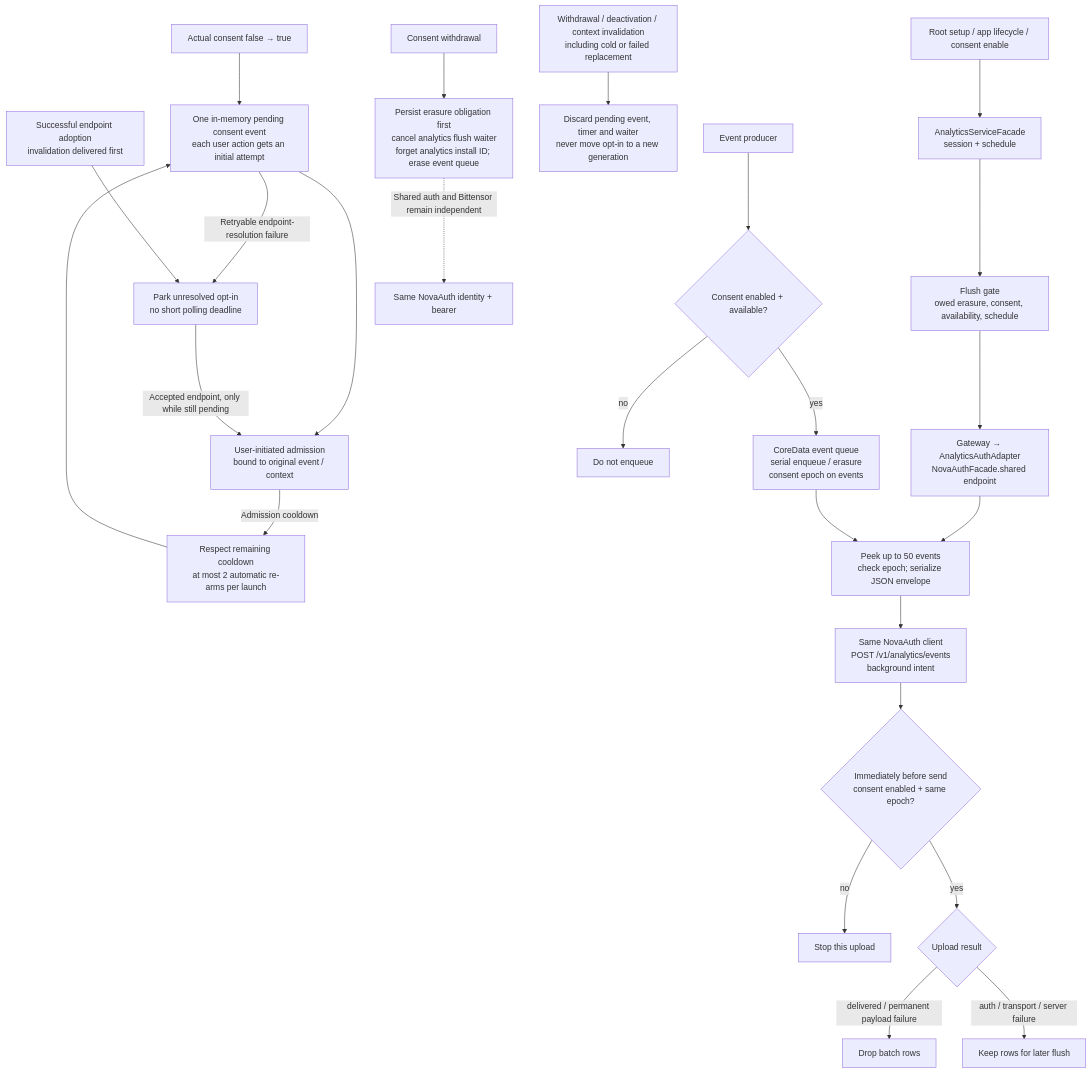
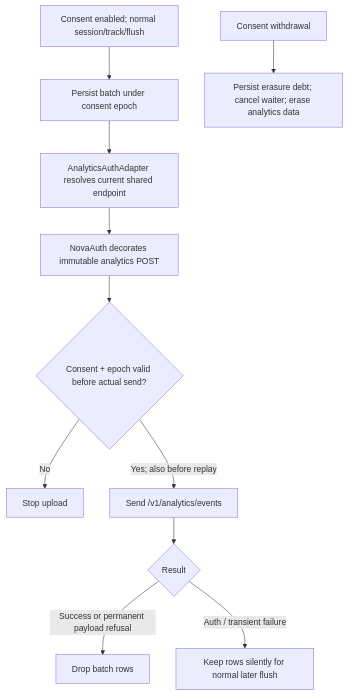
One commit to novasamatech/nova-wallet-ios changed the ninth of 9 diagrams in .claude/docs/architecture/novaauth-client-diagrams.md. Above: the diagram before and after it, drawn with Mermaid. The commit also changed other lines of this file and 75 other files, not shown here.

Commit message:
Align shared bearer requests and simplify NovaAuth recovery

````diff
--- a/.claude/docs/architecture/novaauth-client-diagrams.md
+++ b/.claude/docs/architecture/novaauth-client-diagrams.md
@@ -404,27 +340,13 @@
 ```mermaid
 flowchart TB
-  ROOT["Root setup / app lifecycle / consent enable"] --> FACADE["AnalyticsServiceFacade<br/>session + schedule"]
-  ENABLE["Actual consent false → true"] --> RECOVER["One in-memory pending consent event<br/>each user action gets an initial attempt"]
-  RECOVER --> ADMIT["User-initiated admission<br/>bound to original event / context"]
-  RECOVER -- "Retryable endpoint-resolution failure" --> PARK["Park unresolved opt-in<br/>no short polling deadline"]
-  READY["Successful endpoint adoption<br/>invalidation delivered first"] --> PARK
-  PARK -- "Accepted endpoint, only while still pending" --> ADMIT
-  ADMIT -- "Admission cooldown" --> RETRY["Respect remaining cooldown<br/>at most 2 automatic re-arms per launch"]
-  RETRY --> RECOVER
-  INVALIDATE["Withdrawal / deactivation / context invalidation<br/>including cold or failed replacement"] --> DISCARD["Discard pending event, timer and waiter<br/>never move opt-in to a new generation"]
-  EVENT["Event producer"] --> GATE{"Consent enabled + available?"}
-  GATE -- yes --> QUEUE["CoreData event queue<br/>serial enqueue / erasure<br/>consent epoch on events"]
-  GATE -- no --> IGNORE["Do not enqueue"]
-  FACADE --> FLUSH["Flush gate<br/>owed erasure, consent, availability, schedule"]
-  FLUSH --> ADAPTER["Gateway → AnalyticsAuthAdapter<br/>NovaAuthFacade.shared endpoint"]
-  ADAPTER --> BATCH["Peek up to 50 events<br/>check epoch; serialize JSON envelope"]
-  QUEUE --> BATCH
-  BATCH --> SEND["Same NovaAuth client<br/>POST /v1/analytics/events<br/>background intent"]
-  SEND --> CHECK{"Immediately before send<br/>consent enabled + same epoch?"}
-  CHECK -- no --> CANCEL["Stop this upload"]
-  CHECK -- yes --> RESULT{"Upload result"}
-  RESULT -- "delivered / permanent payload failure" --> DROP["Drop batch rows"]
-  RESULT -- "auth / transport / server failure" --> RETAIN["Keep rows for later flush"]
-  OPT["Consent withdrawal"] --> ERASE["Persist erasure obligation first<br/>cancel analytics flush waiter<br/>forget analytics install ID; erase event queue"]
-  ERASE -. "Shared auth and Bittensor remain independent" .-> SHARED["Same NovaAuth identity + bearer"]
+  C["Consent enabled; normal session/track/flush"] --> Q["Persist batch under consent epoch"]
+  Q --> A["AnalyticsAuthAdapter resolves current shared endpoint"]
+  A --> N["NovaAuth decorates immutable analytics POST"]
+  N --> G{"Consent + epoch valid before actual send?"}
+  G -- "No" --> X["Stop upload"]
+  G -- "Yes; also before replay" --> S["Send /v1/analytics/events"]
+  S --> R{"Result"}
+  R -- "Success or permanent payload refusal" --> D["Drop batch rows"]
+  R -- "Auth / transient failure" --> K["Keep rows silently for normal later flush"]
+  W["Consent withdrawal"] --> E["Persist erasure debt; cancel waiter; erase analytics data"]
 ```
````
